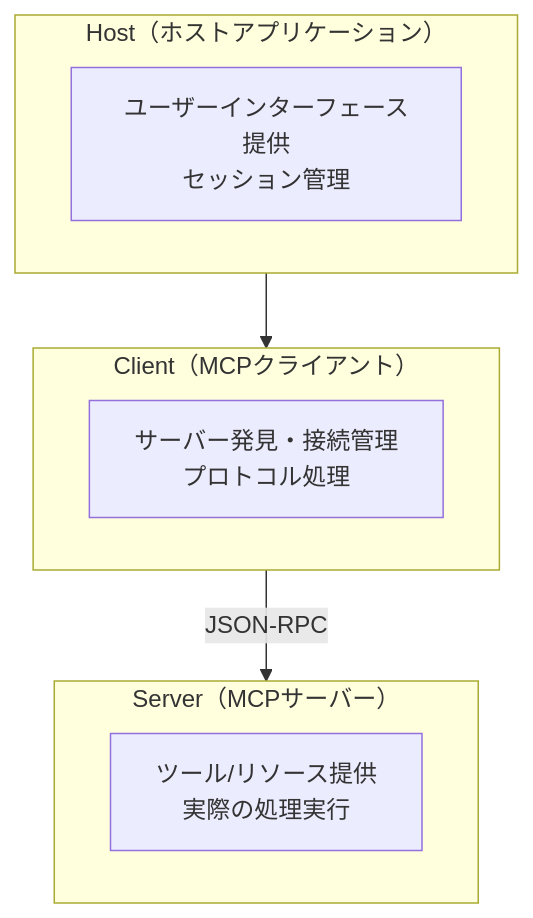
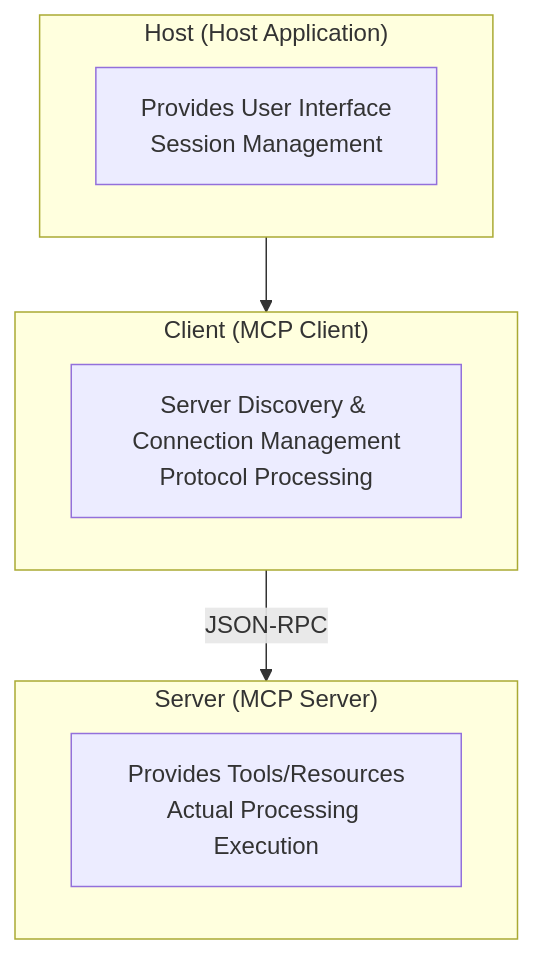
The second of 8 diagrams in docs/concepts/03-architecture.md (shuji-bonji/ai-agent-architecture), drawn with Mermaid before and after one commit. The commit also changed other lines of this file and 42 other files, not shown here.

````diff
--- a/docs/concepts/03-architecture.md
+++ b/docs/concepts/03-architecture.md
@@ -99,17 +101,17 @@
 ```mermaid
 graph TB
-    subgraph Host["Host（ホストアプリケーション）"]
-        H_DESC["ユーザーインターフェース提供<br/>セッション管理"]
+    subgraph Host["Host (Host Application)"]
+        H_DESC["Provides User Interface<br/>Session Management"]
     end
 
-    subgraph Client["Client（MCPクライアント）"]
-        C_DESC["サーバー発見・接続管理<br/>プロトコル処理"]
+    subgraph Client["Client (MCP Client)"]
+        C_DESC["Server Discovery & Connection Management<br/>Protocol Processing"]
     end
 
-    subgraph Server["Server（MCPサーバー）"]
-        S_DESC["ツール/リソース提供<br/>実際の処理実行"]
+    subgraph Server["Server (MCP Server)"]
+        S_DESC["Provides Tools/Resources<br/>Actual Processing Execution"]
     end
 
     Host --> Client
     Client -->|JSON-RPC| Server
 ```
````
